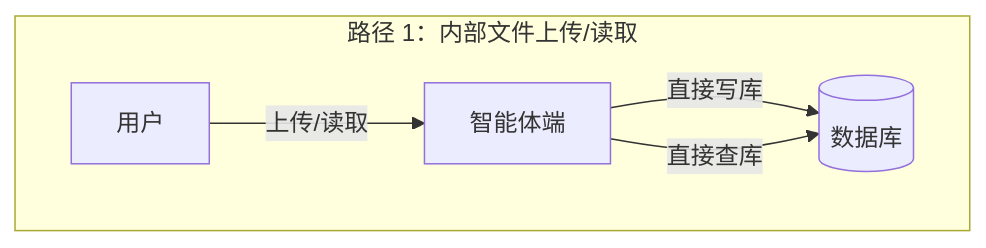
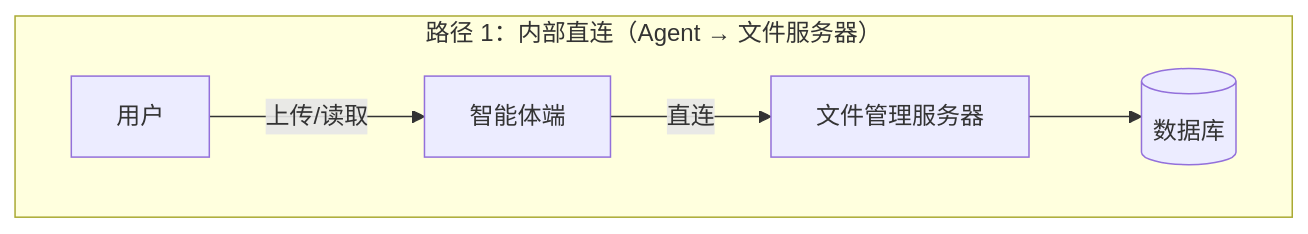
The second of 4 diagrams in LASPAI 智能体系统总体设计方案.md (zhou-tian-yi/laspai-agent-design), drawn with Mermaid before and after one commit. The commit also changed other lines of this file and 4 other files, not shown here.

````diff
--- a/LASPAI 智能体系统总体设计方案.md
+++ b/LASPAI 智能体系统总体设计方案.md
@@ -157,9 +164,9 @@
 ```mermaid
 flowchart LR
-    subgraph PATH1["路径 1：内部文件上传/读取"]
+    subgraph PATH1["路径 1：内部直连（Agent → 文件服务器）"]
         direction LR
-        U[用户] -->|"上传/读取"| AGENT1[智能体端]
-        AGENT1 -->|"直接写库"| DB1[(数据库)]
-        AGENT1 -->|"直接查库"| DB1
+        U[用户] -->|"上传/读取"| AG1[智能体端]
+        AG1 -->|"直连"| FS1[文件管理服务器]
+        FS1 --> DB1[(数据库)]
     end
 ```
````
